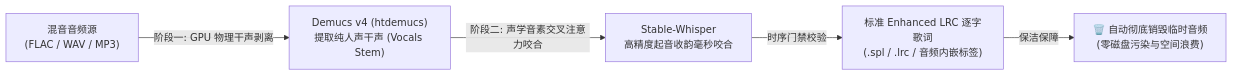
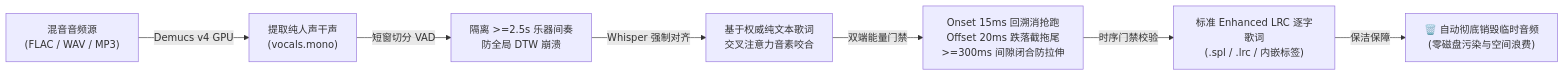
The second of 2 diagrams in README.md (sxsxhhi/music-tag-lyrics), drawn with Mermaid before and after one commit. The commit also changed other lines of this file and 4 other files, not shown here.

````diff
--- a/README.md
+++ b/README.md
@@ -98,7 +99,9 @@
 ```mermaid
 flowchart LR
-    A["混音音频源<br/>(FLAC / WAV / MP3)"] -->|阶段一: GPU 物理干声剥离| B["Demucs v4 (htdemucs)<br/>提取纯人声干声 (Vocals Stem)"]
-    B -->|阶段二: 声学音素交叉注意力咬合| C["Stable-Whisper<br/>高精度起音收韵毫秒咬合"]
-    C -->|时序门禁校验| D["标准 Enhanced LRC 逐字歌词<br/>(.spl / .lrc / 音频内嵌标签)"]
-    D -->|保洁保障| E["🗑️ 自动彻底销毁临时音频<br/>(零磁盘污染与空间浪费)"]
+    A["混音音频源<br/>(FLAC / WAV / MP3)"] -->|Demucs v4 GPU| B["提取纯人声干声<br/>(vocals.mono)"]
+    B -->|短窗切分 VAD| C["隔离 >=2.5s 乐器间奏<br/>防全局 DTW 崩溃"]
+    C -->|Whisper 强制对齐| D["基于权威纯文本歌词<br/>交叉注意力音素咬合"]
+    D -->|双端能量门禁| E["Onset 15ms 回溯消抢跑<br/>Offset 20ms 跌落截拖尾<br/>>=300ms 间隙闭合防拉伸"]
+    E -->|时序门禁校验| F["标准 Enhanced LRC 逐字歌词<br/>(.spl / .lrc / 内嵌标签)"]
+    F -->|保洁保障| G["🗑️ 自动彻底销毁临时音频<br/>(零磁盘污染与空间浪费)"]
 ```
````
